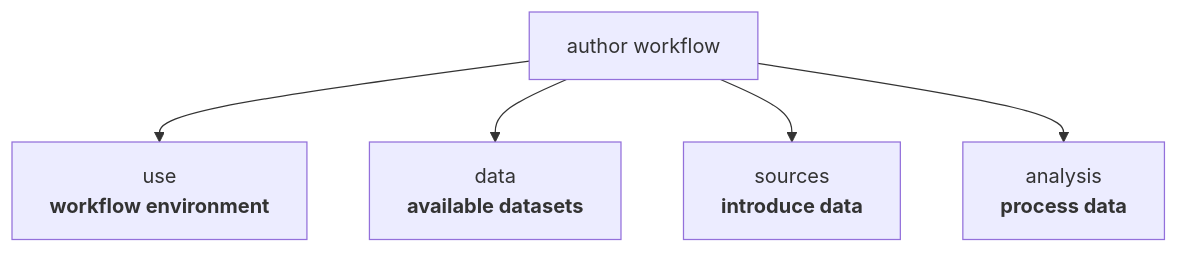
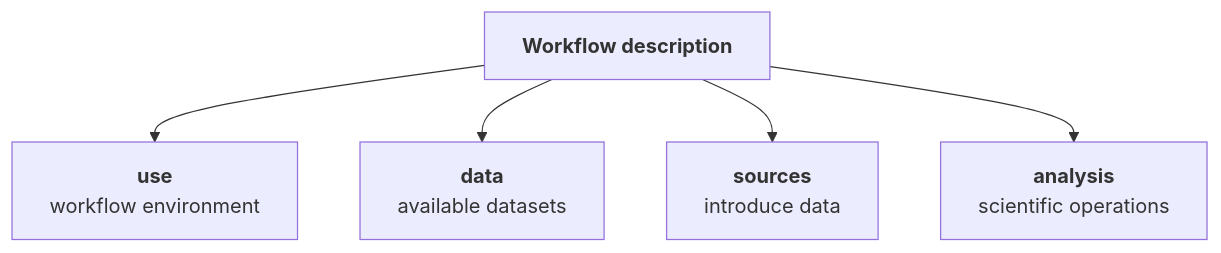
Before and after one commit to FAST-HEP/fasthep-flow: the second of 7 diagrams in docs/authoring/index.md, drawn with Mermaid. The commit also changed other lines of this file and 7 other files, not shown here.

````diff
--- a/docs/authoring/index.md
+++ b/docs/authoring/index.md
@@ -35,14 +38,14 @@
 ```{mermaid}
 flowchart TD
-    Author["author workflow"]
+    Workflow["<b>Workflow description</b>"]:::input
 
-    Use["use<br/><b>workflow environment</b>"]
-    Data["data<br/><b>available datasets</b>"]
-    Sources["sources<br/><b>introduce data</b>"]
-    Analysis["analysis<br/><b>process data</b>"]
+    Use["<b>use</b><br/>workflow environment"]:::capability
+    Data["<b>data</b><br/>available datasets"]:::capability
+    Sources["<b>sources</b><br/>introduce data"]:::capability
+    Analysis["<b>analysis</b><br/>scientific operations"]:::capability
 
-    Author --> Use
-    Author --> Data
-    Author --> Sources
-    Author --> Analysis
+    Workflow --> Use
+    Workflow --> Data
+    Workflow --> Sources
+    Workflow --> Analysis
 ```
````
